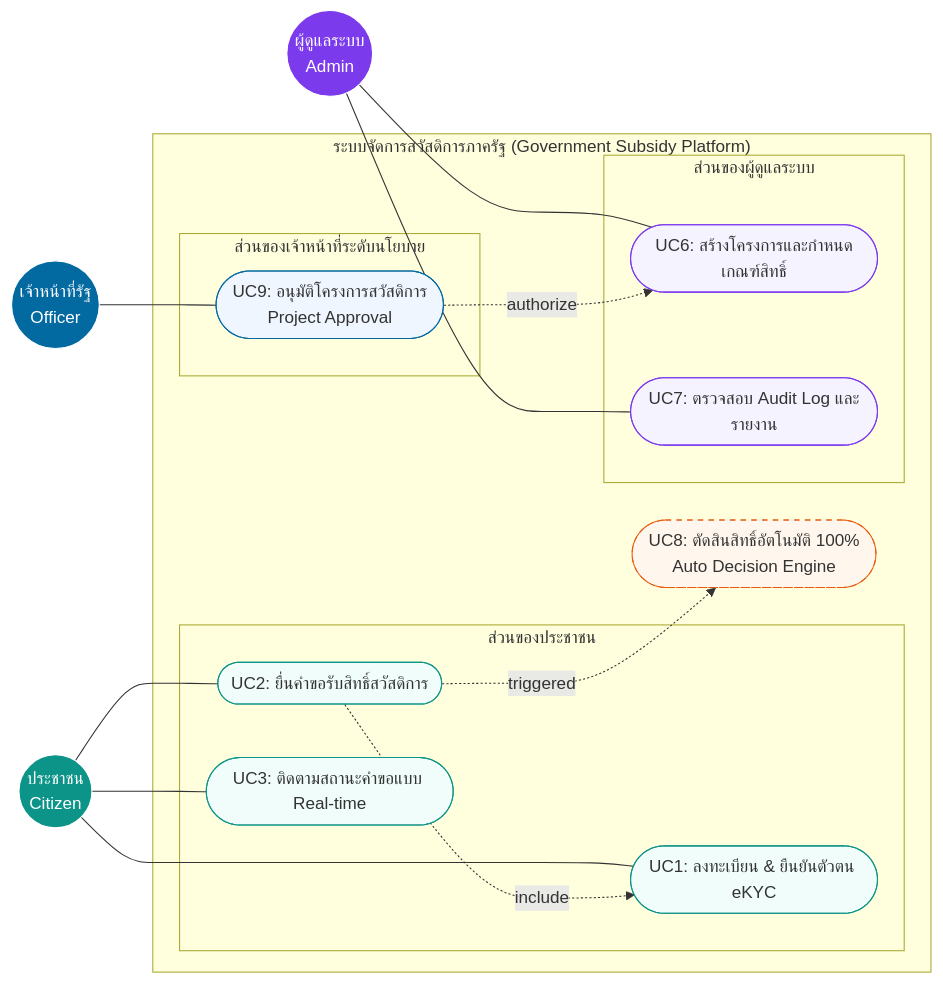
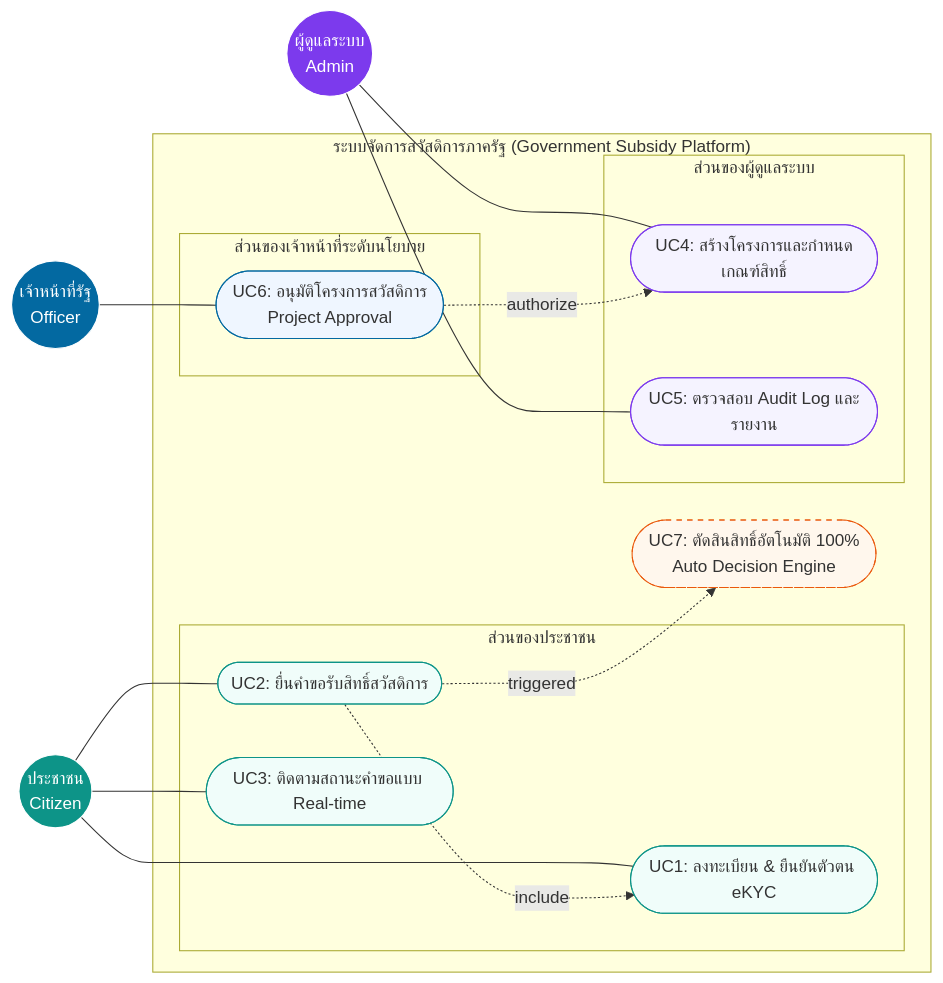
Before and after one commit to Suphawit-Hngosakul/Government-Subsidy-System: the diagram in docs/architecture/usecase-diagram.md, drawn with Mermaid.

Commit message:
docs: update use case diagram

````diff
--- a/docs/architecture/usecase-diagram.md
+++ b/docs/architecture/usecase-diagram.md
@@ -1,63 +1,63 @@
 ```mermaid
 flowchart LR
     %% Actors Definition
     Citizen((ประชาชน<br/>Citizen))
     Officer((เจ้าหน้าที่รัฐ<br/>Officer))
     Admin((ผู้ดูแลระบบ<br/>Admin))
 
     subgraph Platform["ระบบจัดการสวัสดิการภาครัฐ (Government Subsidy Platform)"]
-        %% Citizen Use Cases
+        %% Citizen Actions
         subgraph Citizen_Actions["ส่วนของประชาชน"]
             UC1(["UC1: ลงทะเบียน & ยืนยันตัวตน eKYC"])
             UC2(["UC2: ยื่นคำขอรับสิทธิ์สวัสดิการ"])
             UC3(["UC3: ติดตามสถานะคำขอแบบ Real-time"])
         end
 
         %% Admin Actions
         subgraph Admin_Actions["ส่วนของผู้ดูแลระบบ"]
-            UC6(["UC6: สร้างโครงการและกำหนดเกณฑ์สิทธิ์"])
-            UC7(["UC7: ตรวจสอบ Audit Log และรายงาน"])
+            UC4(["UC4: สร้างโครงการและกำหนดเกณฑ์สิทธิ์"])
+            UC5(["UC5: ตรวจสอบ Audit Log และรายงาน"])
         end
 
-        %% Officer Actions (New Automated Focus)
+        %% Officer Actions
         subgraph Officer_Actions["ส่วนของเจ้าหน้าที่ระดับนโยบาย"]
-            UC9(["UC9: อนุมัติโครงการสวัสดิการ<br/>Project Approval"])
+            UC6(["UC6: อนุมัติโครงการสวัสดิการ<br/>Project Approval"])
         end
 
         %% Internal System Process
-        UC8(["UC8: ตัดสินสิทธิ์อัตโนมัติ 100%<br/>Auto Decision Engine"])
+        UC7(["UC7: ตัดสินสิทธิ์อัตโนมัติ 100%<br/>Auto Decision Engine"])
     end
 
     %% Citizen Connections
     Citizen --- UC1
     Citizen --- UC2
     Citizen --- UC3
 
     %% Admin Connections
-    Admin --- UC6
-    Admin --- UC7
+    Admin --- UC4
+    Admin --- UC5
 
     %% Officer Connections
-    Officer --- UC9
+    Officer --- UC6
 
     %% Logical Relationships
     UC2 -.->|include| UC1
-    UC2 -.->|triggered| UC8
-    UC9 -.->|authorize| UC6
+    UC2 -.->|triggered| UC7
+    UC6 -.->|authorize| UC4
 
     %% Styling
     style Citizen fill:#0d9488,stroke:#fff,color:#fff
     style Officer fill:#0369a1,stroke:#fff,color:#fff
     style Admin fill:#7c3aed,stroke:#fff,color:#fff
     
     style UC1 fill:#f0fdfa,stroke:#0d9488
     style UC2 fill:#f0fdfa,stroke:#0d9488
     style UC3 fill:#f0fdfa,stroke:#0d9488
     
-    style UC6 fill:#f5f3ff,stroke:#7c3aed
-    style UC7 fill:#f5f3ff,stroke:#7c3aed
+    style UC4 fill:#f5f3ff,stroke:#7c3aed
+    style UC5 fill:#f5f3ff,stroke:#7c3aed
     
-    style UC9 fill:#eff6ff,stroke:#0369a1
+    style UC6 fill:#eff6ff,stroke:#0369a1
     
-    style UC8 fill:#fff7ed,stroke:#ea580c,stroke-dasharray: 5 5
+    style UC7 fill:#fff7ed,stroke:#ea580c,stroke-dasharray: 5 5
 ```
````
